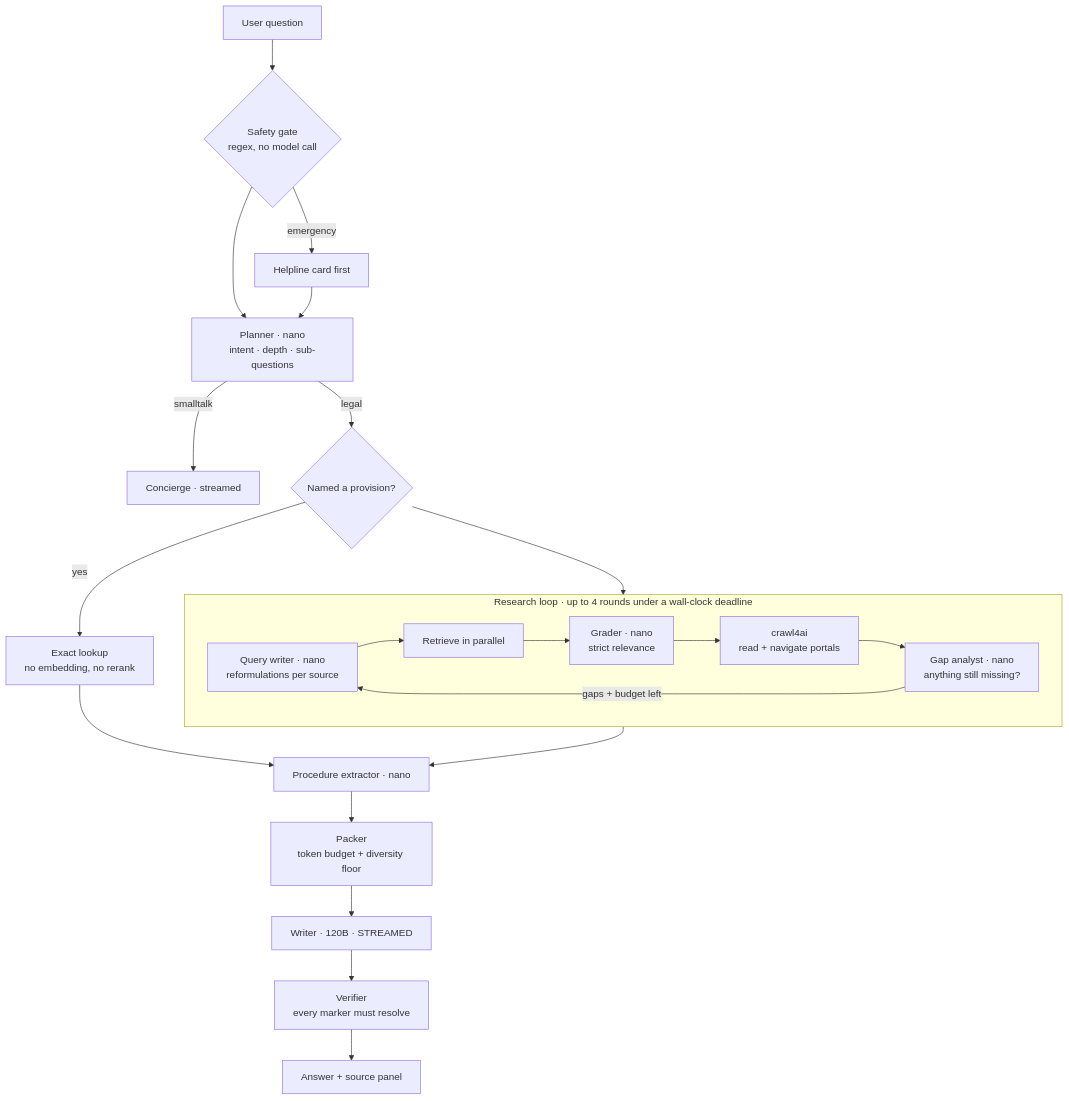
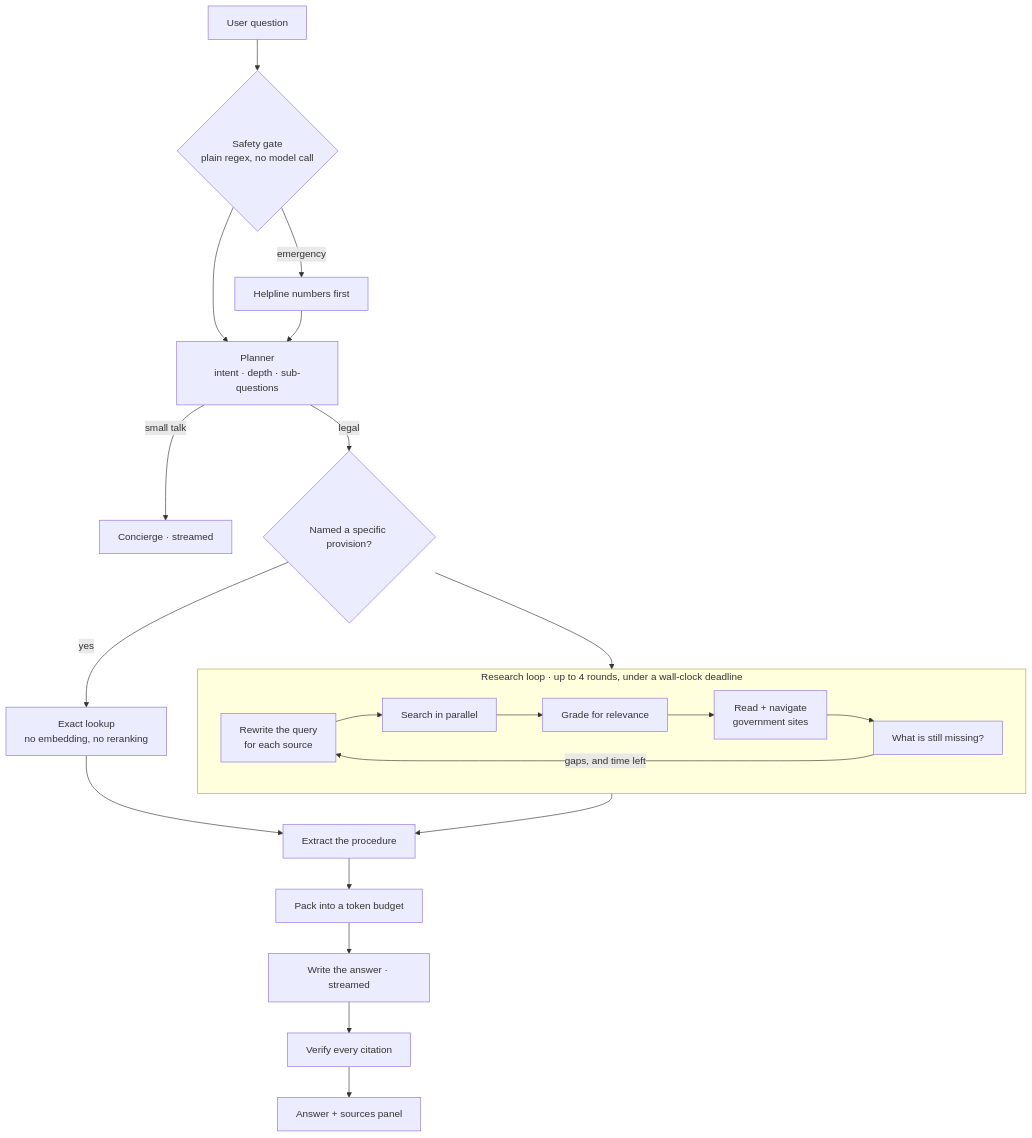
Before and after one commit to DamnKuldeep/KnowYourRightsAI: the first of 2 diagrams in README.md, drawn with Mermaid. The commit also changed other lines of this file and 4 other files, not shown here.

````diff
--- a/README.md
+++ b/README.md
@@ -103,26 +119,26 @@
 ```mermaid
 flowchart TD
-    A[User question] --> B{Safety gate<br/>regex, no model call}
-    B -->|emergency| C[Helpline card first]
-    B --> D[Planner · nano<br/>intent · depth · sub-questions]
+    A[User question] --> B{Safety gate<br/>plain regex, no model call}
+    B -->|emergency| C[Helpline numbers first]
+    B --> D[Planner<br/>intent · depth · sub-questions]
     C --> D
-    D -->|smalltalk| E[Concierge · streamed]
-    D -->|legal| F{Named a provision?}
-    F -->|yes| G[Exact lookup<br/>no embedding, no rerank]
+    D -->|small talk| E[Concierge · streamed]
+    D -->|legal| F{Named a specific provision?}
+    F -->|yes| G[Exact lookup<br/>no embedding, no reranking]
     F --> H[RESEARCH LOOP]
 
-    subgraph H [Research loop · up to 4 rounds under a wall-clock deadline]
-        H1[Query writer · nano<br/>reformulations per source] --> H2[Retrieve in parallel]
-        H2 --> H3[Grader · nano<br/>strict relevance]
-        H3 --> H4[crawl4ai<br/>read + navigate portals]
-        H4 --> H5[Gap analyst · nano<br/>anything still missing?]
-        H5 -->|gaps + budget left| H1
+    subgraph H [Research loop · up to 4 rounds, under a wall-clock deadline]
+        H1[Rewrite the query<br/>for each source] --> H2[Search in parallel]
+        H2 --> H3[Grade for relevance]
+        H3 --> H4[Read + navigate<br/>government sites]
+        H4 --> H5[What is still missing?]
+        H5 -->|gaps, and time left| H1
     end
 
-    G --> I[Procedure extractor · nano]
+    G --> I[Extract the procedure]
     H --> I
-    I --> J[Packer<br/>token budget + diversity floor]
-    J --> K[Writer · 120B · STREAMED]
-    K --> L[Verifier<br/>every marker must resolve]
-    L --> M[Answer + source panel]
+    I --> J[Pack into a token budget]
+    J --> K[Write the answer · streamed]
+    K --> L[Verify every citation]
+    L --> M[Answer + sources panel]
 ```
````
